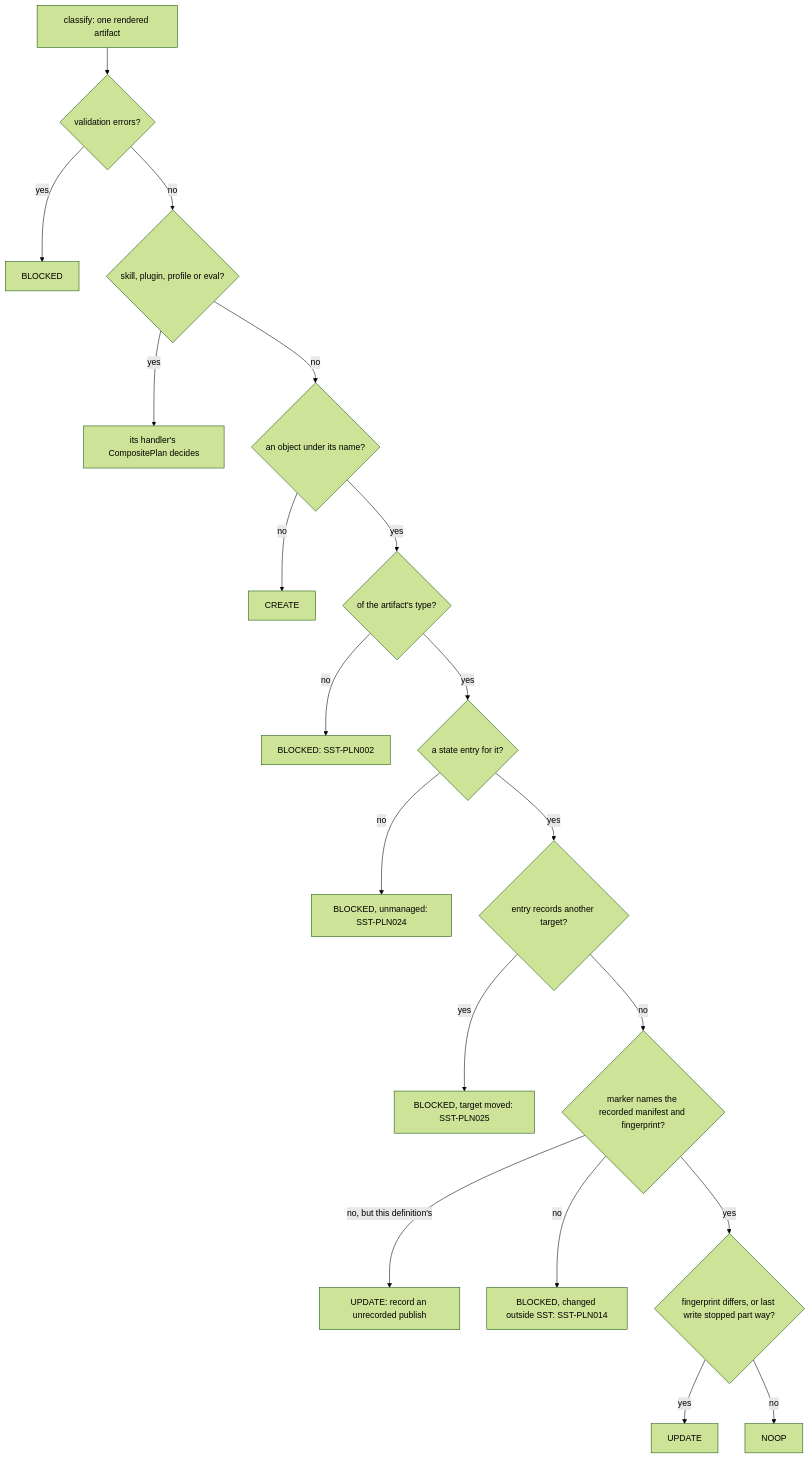
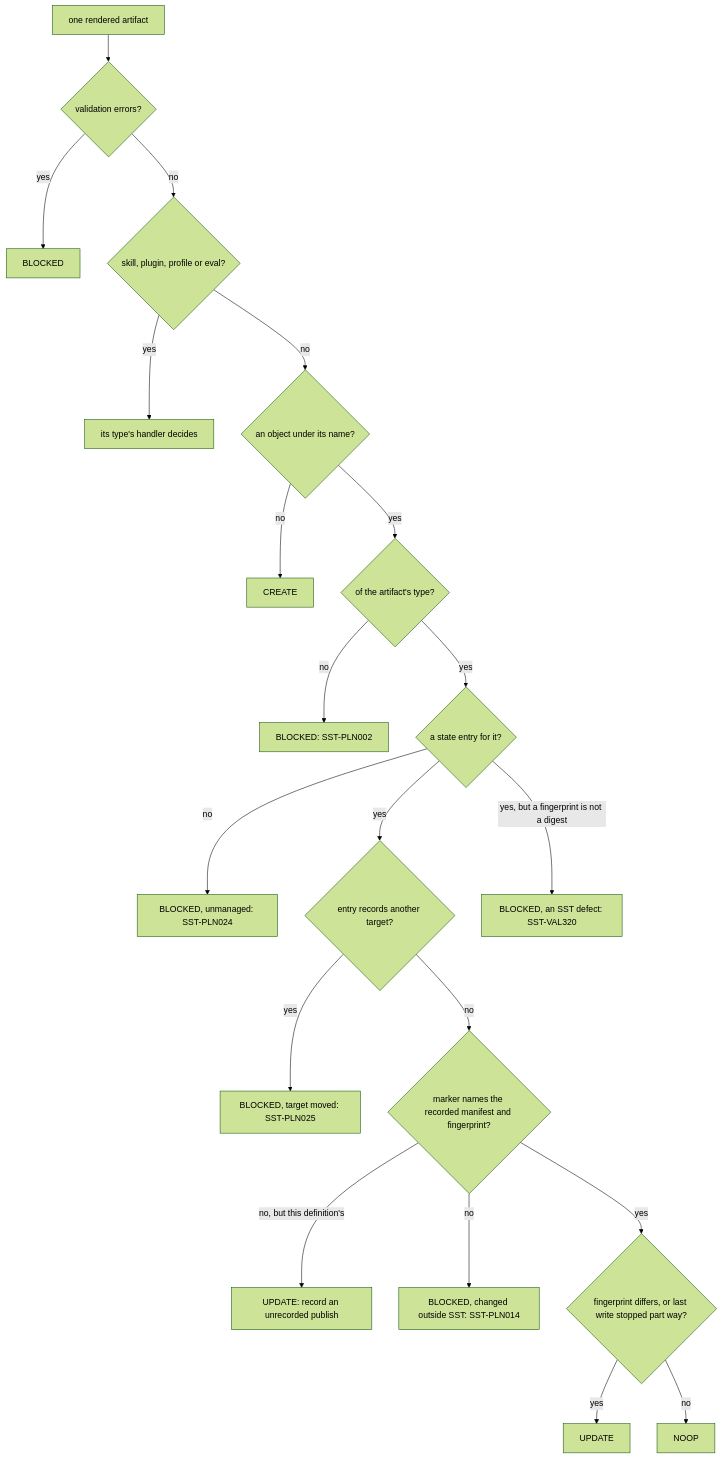
The second of 3 diagrams in docs/concepts.md (WhoopInc/snowflake-semantic-tools), drawn with Mermaid (forest theme) before and after one commit. The commit also changed other lines of this file and 11 other files, not shown here.

````diff
--- a/docs/concepts.md
+++ b/docs/concepts.md
@@ -322,21 +322,22 @@
 ```mermaid
 flowchart TD
-    start["classify: one rendered artifact"] --> invalid{"validation errors?"}
+    start["one rendered artifact"] --> invalid{"validation errors?"}
     invalid -- yes --> b1["BLOCKED"]
     invalid -- no --> composite{"skill, plugin, profile or eval?"}
-    composite -- yes --> handler["its handler's CompositePlan decides"]
+    composite -- yes --> handler["its type's handler decides"]
     composite -- no --> live{"an object under its name?"}
     live -- no --> create["CREATE"]
     live -- yes --> kind{"of the artifact's type?"}
     kind -- no --> b2["BLOCKED: SST-PLN002"]
     kind -- yes --> entry{"a state entry for it?"}
     entry -- no --> b3["BLOCKED, unmanaged: SST-PLN024"]
     entry -- yes --> moved{"entry records another target?"}
+    entry -->|"yes, but a fingerprint is not a digest"| b6["BLOCKED, an SST defect: SST-VAL320"]
     moved -- yes --> b4["BLOCKED, target moved: SST-PLN025"]
     moved -- no --> marker{"marker names the recorded manifest and fingerprint?"}
     marker -->|"no, but this definition's"| u1["UPDATE: record an unrecorded publish"]
     marker -- no --> b5["BLOCKED, changed outside SST: SST-PLN014"]
     marker -- yes --> fp{"fingerprint differs, or last write stopped part way?"}
     fp -- yes --> u2["UPDATE"]
     fp -- no --> noop["NOOP"]
 ```
````
